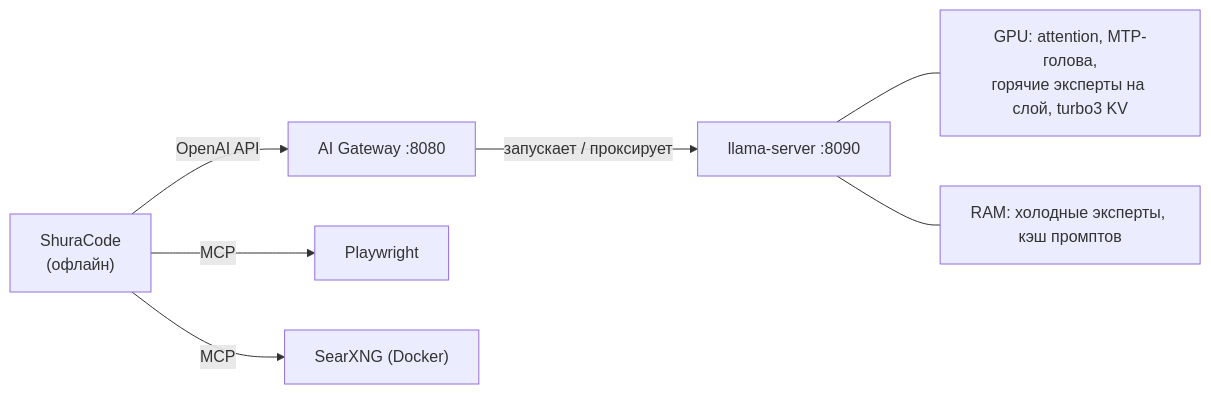
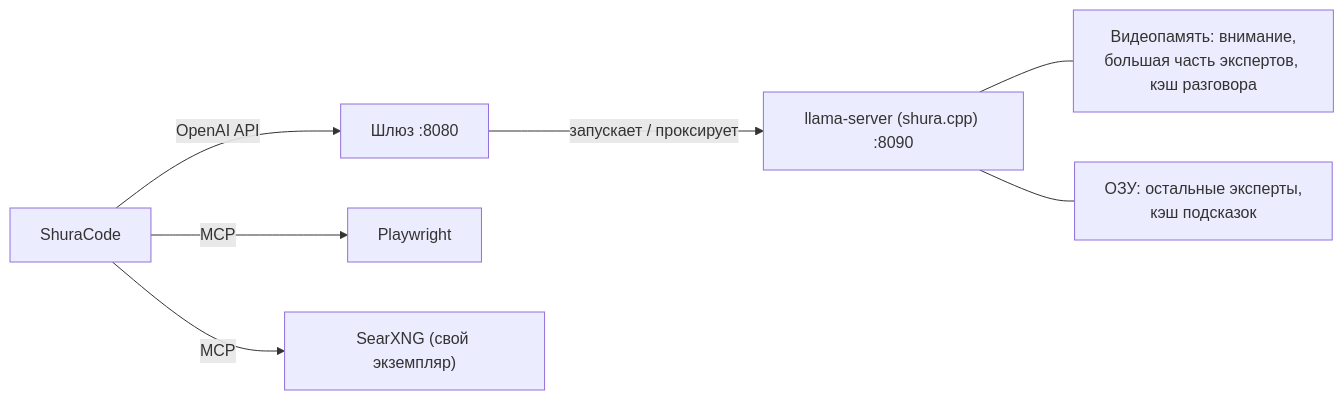
Before and after one commit to hikkian/shura: the diagram in README.ru.md, drawn with Mermaid. The commit also changed other lines of this file and 4 other files, not shown here.

````diff
--- a/README.ru.md
+++ b/README.ru.md
@@ -161,9 +200,9 @@
 ```mermaid
 flowchart LR
-    OC["ShuraCode<br/>(офлайн)"] -- OpenAI API --> GW["AI Gateway :8080"]
-    GW -- запускает / проксирует --> LS["llama-server :8090"]
-    LS --- GPU["GPU: attention, MTP-голова,<br/>горячие эксперты на слой, turbo3 KV"]
-    LS --- CPU["RAM: холодные эксперты, кэш промптов"]
+    OC["ShuraCode"] -- OpenAI API --> GW["Шлюз :8080"]
+    GW -- запускает / проксирует --> LS["llama-server (shura.cpp) :8090"]
+    LS --- GPU["Видеопамять: внимание,<br/>большая часть экспертов, кэш разговора"]
+    LS --- RAM["ОЗУ: остальные эксперты,<br/>кэш подсказок"]
     OC -- MCP --> PW["Playwright"]
-    OC -- MCP --> SX["SearXNG (Docker)"]
+    OC -- MCP --> SX["SearXNG (свой экземпляр)"]
 ```
````
